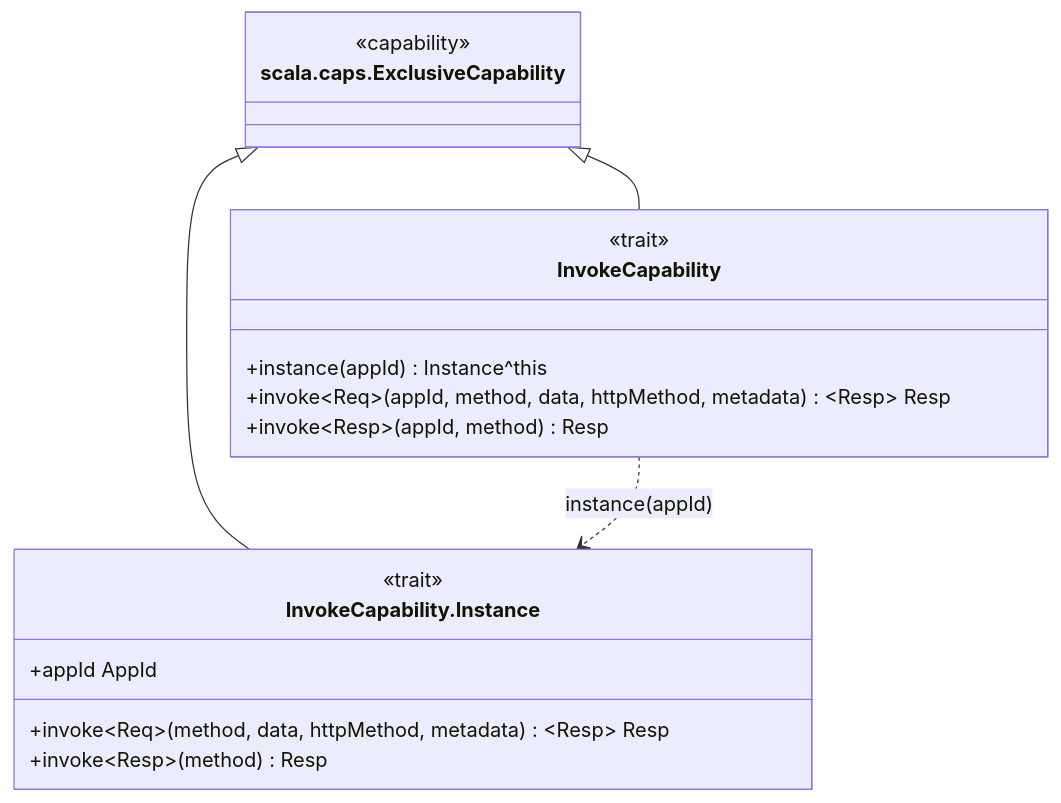
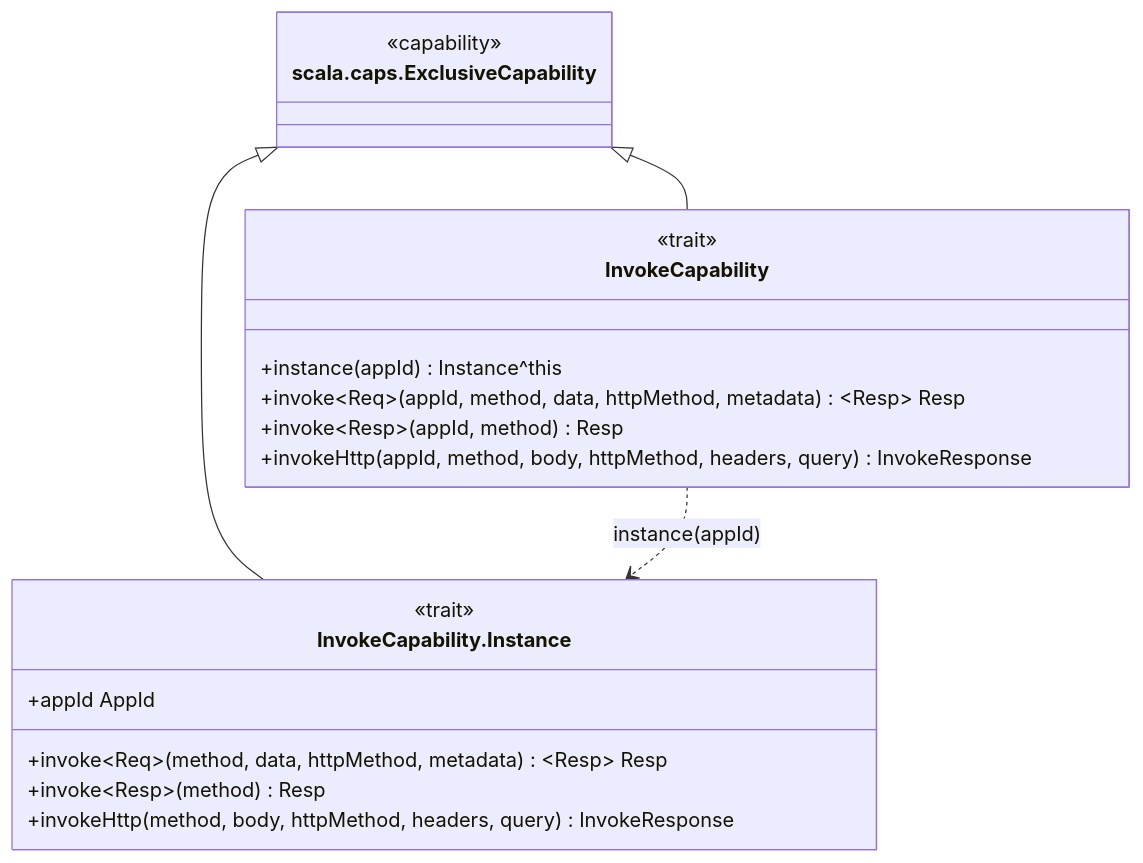
Before and after one commit to sideeffffect/dapr4s: diagram 11 of 15 in docs/CAPABILITY-HIERARCHY.md, drawn with Mermaid. The commit also changed other lines of this file and 59 other files, not shown here.

First line of the commit message:
feat: typed Dapr errors and HTTP-level invoke (#43)

````diff
--- a/docs/CAPABILITY-HIERARCHY.md
+++ b/docs/CAPABILITY-HIERARCHY.md
@@ -446,23 +448,25 @@
 ```mermaid
 classDiagram
     direction TB
     class ExclusiveCapability["scala.caps.ExclusiveCapability"]
     <<capability>> ExclusiveCapability
 
     class InvokeCapability {
         <<trait>>
         +instance(appId) Instance^this
         +invoke~Req~(appId, method, data, httpMethod, metadata)~Resp~ Resp
         +invoke~Resp~(appId, method) Resp
+        +invokeHttp(appId, method, body, httpMethod, headers, query) InvokeResponse
     }
 
     class InvokeCapability_Instance["InvokeCapability.Instance"]
     <<trait>> InvokeCapability_Instance
     InvokeCapability_Instance : +appId AppId
     InvokeCapability_Instance : +invoke~Req~(method, data, httpMethod, metadata)~Resp~ Resp
     InvokeCapability_Instance : +invoke~Resp~(method) Resp
+    InvokeCapability_Instance : +invokeHttp(method, body, httpMethod, headers, query) InvokeResponse
 
     ExclusiveCapability <|-- InvokeCapability
     ExclusiveCapability <|-- InvokeCapability_Instance
     InvokeCapability ..> InvokeCapability_Instance : instance(appId)
 ```
````
